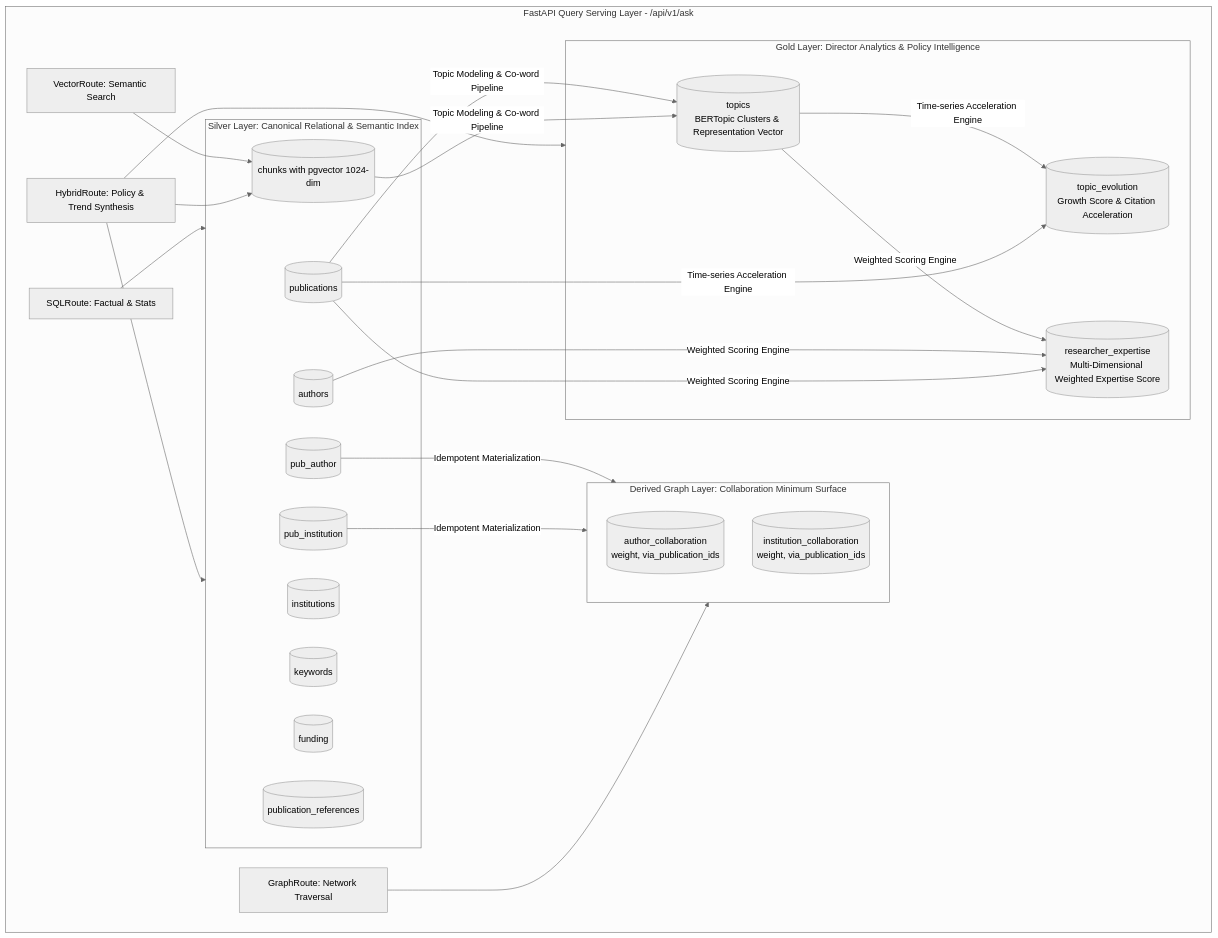
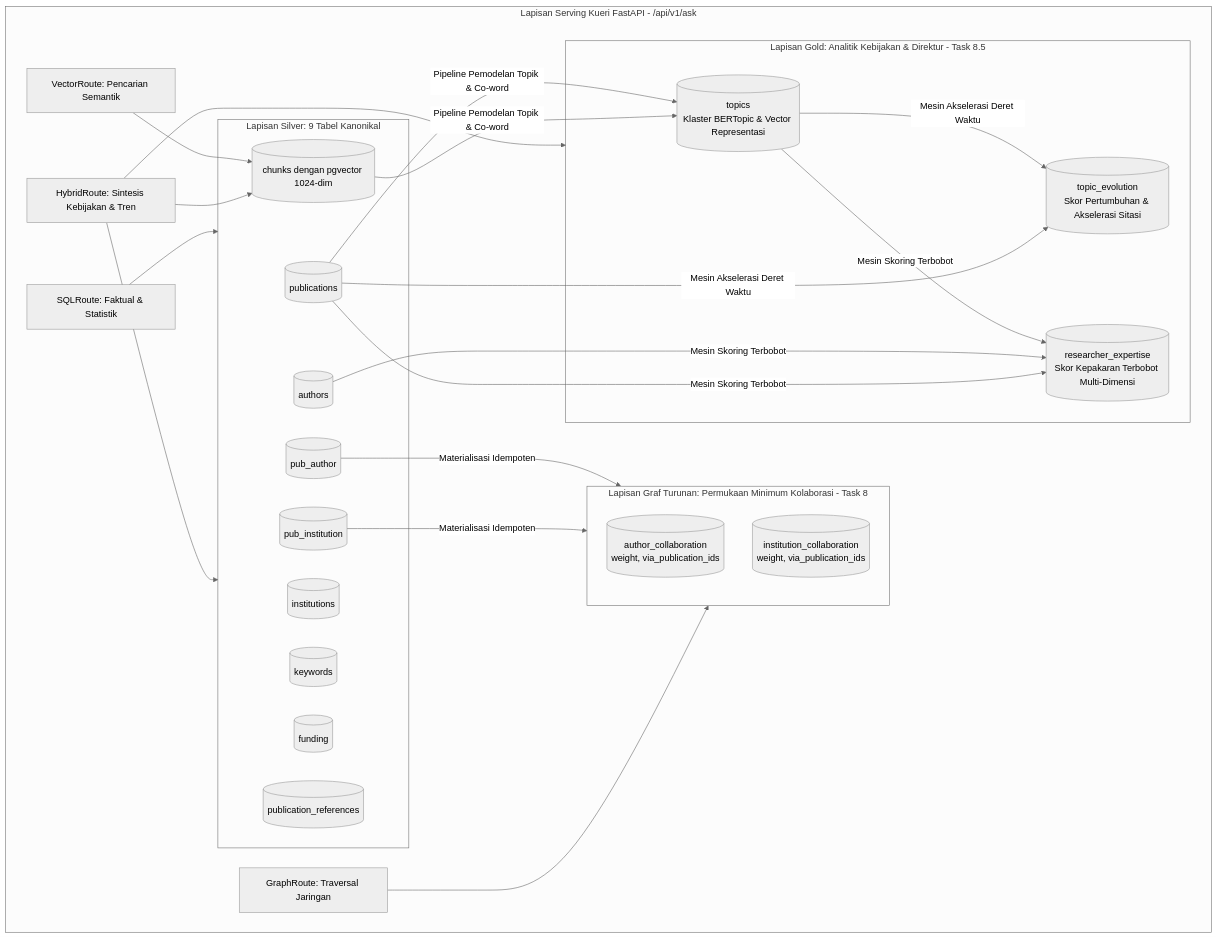
One commit to CodeByAbi/AI-Bibliometrics changed the first of 2 diagrams in docs/04 Database Schema.md. Above: the diagram before and after it, drawn with Mermaid (neutral theme). The commit also changed other lines of this file and 12 other files, not shown here.

````diff
--- a/docs/04 Database Schema.md
+++ b/docs/04 Database Schema.md
@@ -27,37 +33,37 @@
 ```mermaid
 flowchart TD
-    subgraph SilverLayer [Silver Layer: Canonical Relational & Semantic Index]
+    subgraph SilverLayer [Lapisan Silver: 9 Tabel Kanonikal]
         T_Pub[(publications)]
         T_Auth[(authors)]
         T_Inst[(institutions)]
         T_Key[(keywords)]
         T_Fund[(funding)]
         T_PA[(pub_author)]
         T_PI[(pub_institution)]
         T_Ref[(publication_references)]
-        T_Chunk[(chunks with pgvector 1024-dim)]
+        T_Chunk[(chunks dengan pgvector 1024-dim)]
     end
 
-    subgraph EdgeLayer [Derived Graph Layer: Collaboration Minimum Surface]
+    subgraph EdgeLayer [Lapisan Graf Turunan: Permukaan Minimum Kolaborasi - Task 8]
         T_AuthCollab[(author_collaboration\nweight, via_publication_ids)]
         T_InstCollab[(institution_collaboration\nweight, via_publication_ids)]
     end
 
-    subgraph GoldLayer [Gold Layer: Director Analytics & Policy Intelligence]
-        T_Topics[(topics\nBERTopic Clusters & Representation Vector)]
-        T_Evol[(topic_evolution\nGrowth Score & Citation Acceleration)]
-        T_Exp[(researcher_expertise\nMulti-Dimensional Weighted Expertise Score)]
+    subgraph GoldLayer [Lapisan Gold: Analitik Kebijakan & Direktur - Task 8.5]
+        T_Topics[(topics\nKlaster BERTopic & Vector Representasi)]
+        T_Evol[(topic_evolution\nSkor Pertumbuhan & Akselerasi Sitasi)]
+        T_Exp[(researcher_expertise\nSkor Kepakaran Terbobot Multi-Dimensi)]
     end
 
-    T_PA & T_PI -->|Idempotent Materialization| EdgeLayer
-    T_Pub & T_Chunk -->|Topic Modeling & Co-word Pipeline| T_Topics
-    T_Topics & T_Pub -->|Time-series Acceleration Engine| T_Evol
-    T_Topics & T_Auth & T_Pub -->|Weighted Scoring Engine| T_Exp
+    T_PA & T_PI -->|Materialisasi Idempoten| EdgeLayer
+    T_Pub & T_Chunk -->|Pipeline Pemodelan Topik & Co-word| T_Topics
+    T_Topics & T_Pub -->|Mesin Akselerasi Deret Waktu| T_Evol
+    T_Topics & T_Auth & T_Pub -->|Mesin Skoring Terbobot| T_Exp
 
-    subgraph Serving [FastAPI Query Serving Layer - /api/v1/ask]
-        SQLRoute[SQLRoute: Factual & Stats] --> SilverLayer
-        VectorRoute[VectorRoute: Semantic Search] --> T_Chunk
-        GraphRoute[GraphRoute: Network Traversal] --> EdgeLayer
-        HybridRoute[HybridRoute: Policy & Trend Synthesis] --> GoldLayer & SilverLayer & T_Chunk
+    subgraph Serving [Lapisan Serving Kueri FastAPI - /api/v1/ask]
+        SQLRoute[SQLRoute: Faktual & Statistik] --> SilverLayer
+        VectorRoute[VectorRoute: Pencarian Semantik] --> T_Chunk
+        GraphRoute[GraphRoute: Traversal Jaringan] --> EdgeLayer
+        HybridRoute[HybridRoute: Sintesis Kebijakan & Tren] --> GoldLayer & SilverLayer & T_Chunk
     end
 ```
````
